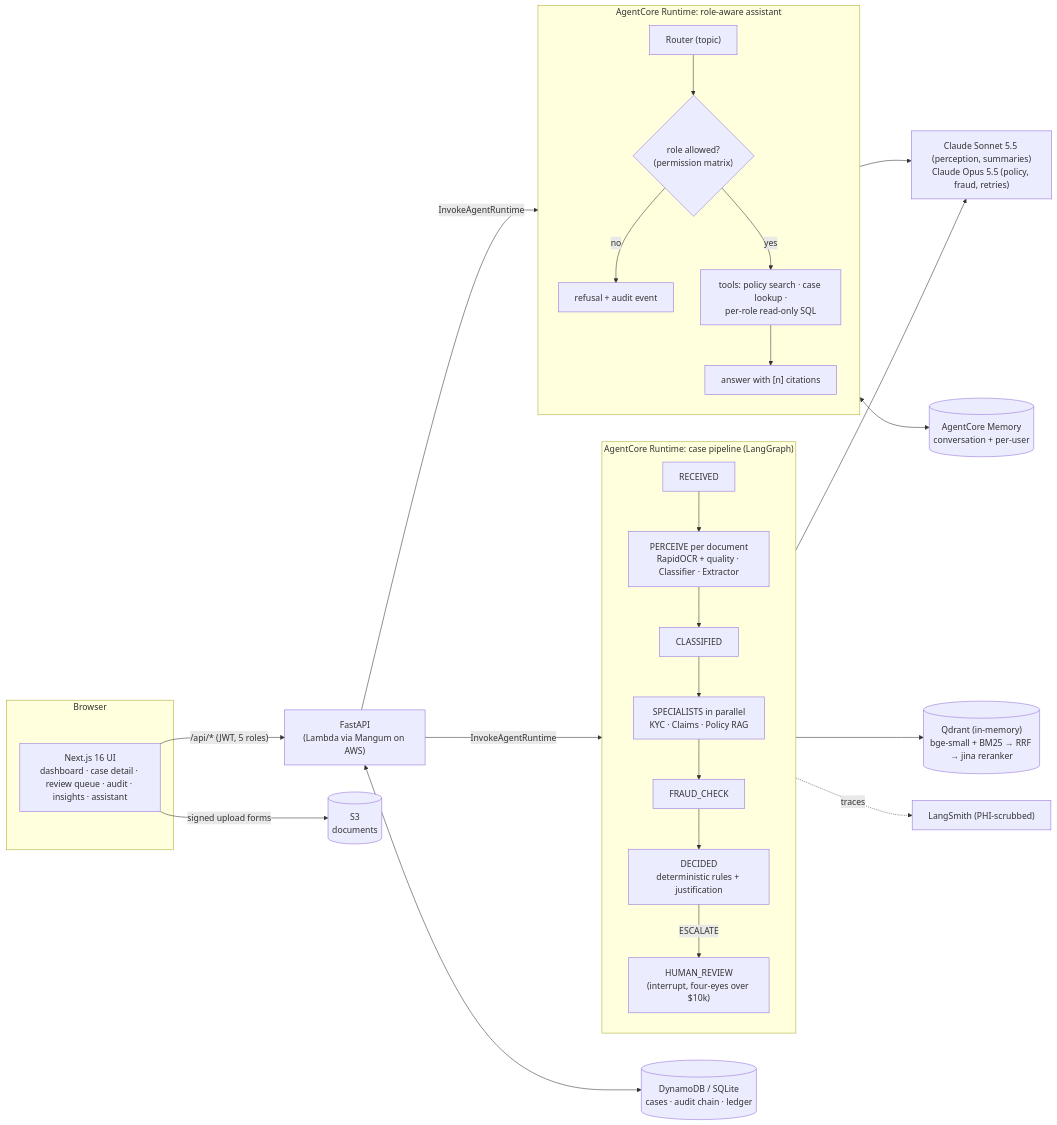
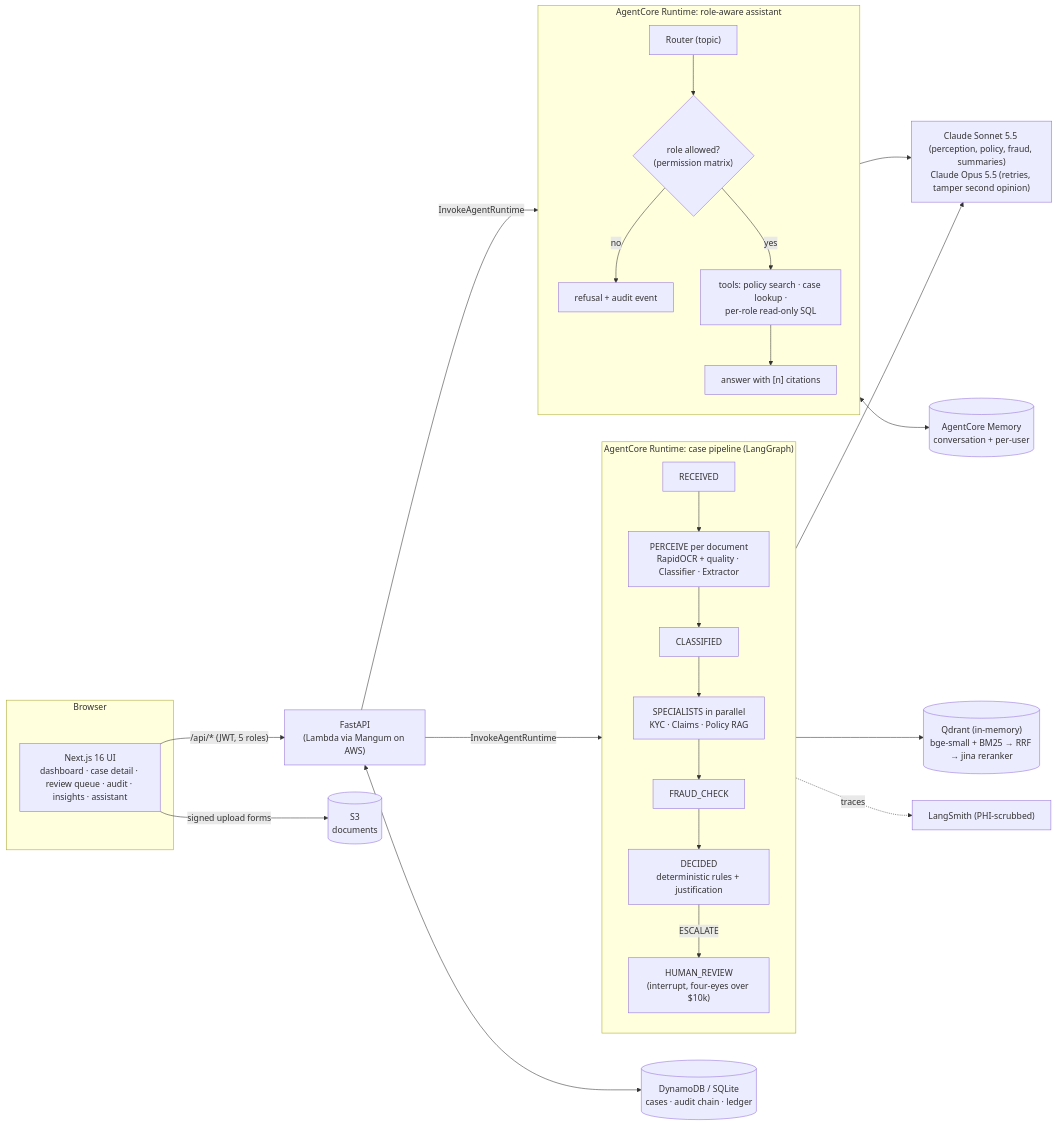
Before and after one commit to raghav010126/Capstone: the diagram in README.md, drawn with Mermaid. The commit also changed other lines of this file and 31 other files, not shown here.

````diff
--- a/README.md
+++ b/README.md
@@ -46,32 +50,32 @@
 ```mermaid
 flowchart LR
   subgraph Web["Browser"]
     UI["Next.js 16 UI<br/>dashboard · case detail · review queue · audit · insights · assistant"]
   end
   UI -- "/api/* (JWT, 5 roles)" --> API["FastAPI<br/>(Lambda via Mangum on AWS)"]
   UI -- "signed upload forms" --> S3[("S3<br/>documents")]
   API -- "InvokeAgentRuntime" --> PIPE
   API -- "InvokeAgentRuntime" --> ASSIST
   API <--> DB[("DynamoDB / SQLite<br/>cases · audit chain · ledger")]
 
   subgraph PIPE["AgentCore Runtime: case pipeline (LangGraph)"]
     direction TB
     R["RECEIVED"] --> P["PERCEIVE per document<br/>RapidOCR + quality · Classifier · Extractor"]
     P --> C["CLASSIFIED"] --> SP["SPECIALISTS in parallel<br/>KYC · Claims · Policy RAG"]
     SP --> F["FRAUD_CHECK"] --> D["DECIDED<br/>deterministic rules + justification"]
     D -- "ESCALATE" --> H["HUMAN_REVIEW<br/>(interrupt, four-eyes over $10k)"]
   end
 
   subgraph ASSIST["AgentCore Runtime: role-aware assistant"]
     direction TB
     RT["Router (topic)"] --> AC{"role allowed?<br/>(permission matrix)"}
     AC -- no --> X["refusal + audit event"]
     AC -- yes --> T["tools: policy search · case lookup ·<br/>per-role read-only SQL"] --> A["answer with [n] citations"]
   end
 
   SP --> Q[("Qdrant (in-memory)<br/>bge-small + BM25 → RRF → jina reranker")]
-  PIPE --> LLM["Claude Sonnet 5.5 (perception, summaries)<br/>Claude Opus 5.5 (policy, fraud, retries)"]
+  PIPE --> LLM["Claude Sonnet 5.5 (perception, policy, fraud, summaries)<br/>Claude Opus 5.5 (retries, tamper second opinion)"]
   ASSIST --> LLM
   ASSIST <--> MEM[("AgentCore Memory<br/>conversation + per-user")]
   PIPE -. traces .-> LS["LangSmith (PHI-scrubbed)"]
 ```
````
